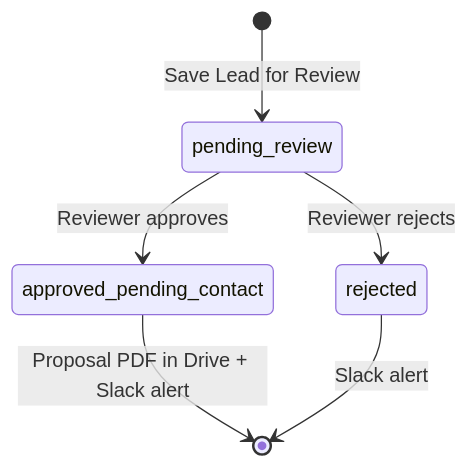
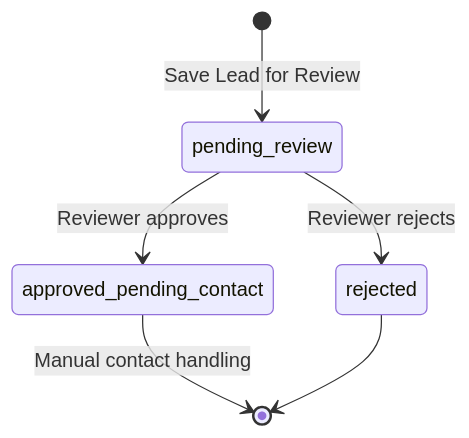
One commit to autonode-x/n8n-ai-lead-generation-outreach-system changed the fifth of 5 diagrams in ARCHITECTURE.md. Above: the diagram before and after it, drawn with Mermaid. The commit also changed other lines of this file, not shown here.

````diff
--- a/ARCHITECTURE.md
+++ b/ARCHITECTURE.md
@@ -144,8 +210,8 @@
 ```mermaid
 stateDiagram-v2
     [*] --> pending_review: Save Lead for Review
     pending_review --> approved_pending_contact: Reviewer approves
     pending_review --> rejected: Reviewer rejects
-    approved_pending_contact --> [*]: Proposal PDF in Drive + Slack alert
-    rejected --> [*]: Slack alert
+    approved_pending_contact --> [*]: Manual contact handling
+    rejected --> [*]
 ```
````
